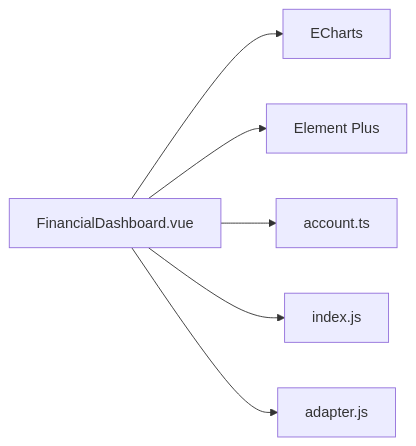
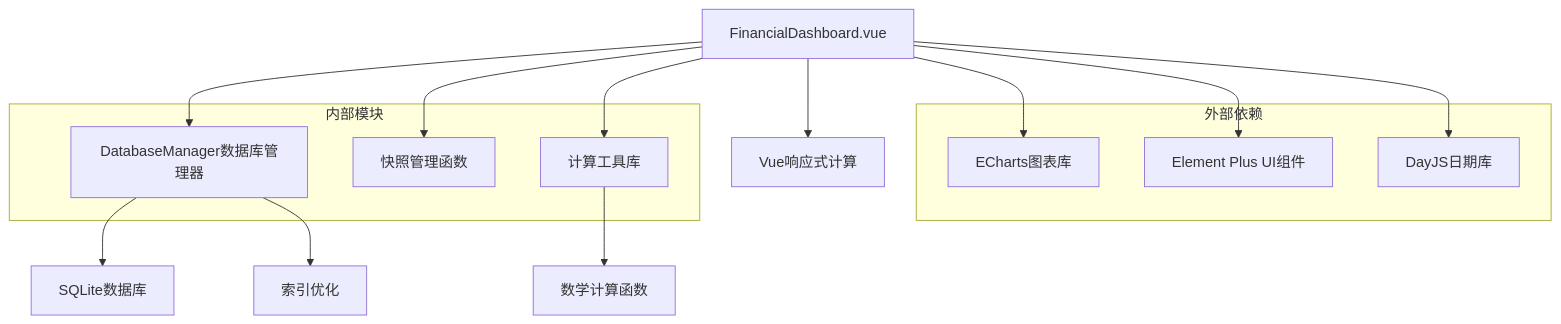
One commit to xiao-lin-unit/yuan changed the fifth of 5 diagrams in .qoder/repowiki/zh/content/财务分析/财务仪表板.md. Above: the diagram before and after it, drawn with Mermaid. The commit also changed other lines of this file and 9 other files, not shown here.

````diff
--- a/.qoder/repowiki/zh/content/财务分析/财务仪表板.md
+++ b/.qoder/repowiki/zh/content/财务分析/财务仪表板.md
@@ -298,8 +326,23 @@
 ```mermaid
-graph LR
-FD["FinancialDashboard.vue"] --> ECharts["ECharts"]
-FD --> ElPlus["Element Plus"]
-FD --> Store["account.ts"]
-FD --> DB["index.js"]
-FD --> Adapter["adapter.js"]
+graph TB
+FD["FinancialDashboard.vue"] --> ECharts["ECharts图表库"]
+FD --> ElementPlus["Element Plus UI组件"]
+FD --> DayJS["DayJS日期库"]
+FD --> Computed["Vue响应式计算"]
+FD --> DB["DatabaseManager数据库管理器"]
+FD --> Snap["快照管理函数"]
+FD --> Utils["计算工具库"]
+DB --> SQLite["SQLite数据库"]
+DB --> Index["索引优化"]
+Utils --> Calc["数学计算函数"]
+subgraph "外部依赖"
+ECharts
+ElementPlus
+DayJS
+end
+subgraph "内部模块"
+DB
+Snap
+Utils
+end
 ```
````
